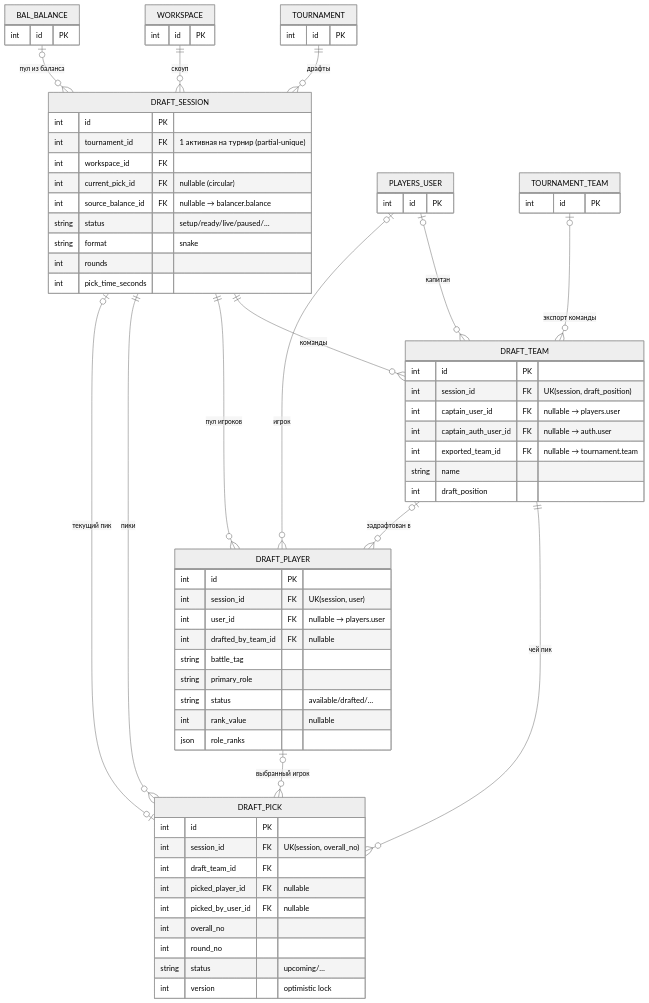
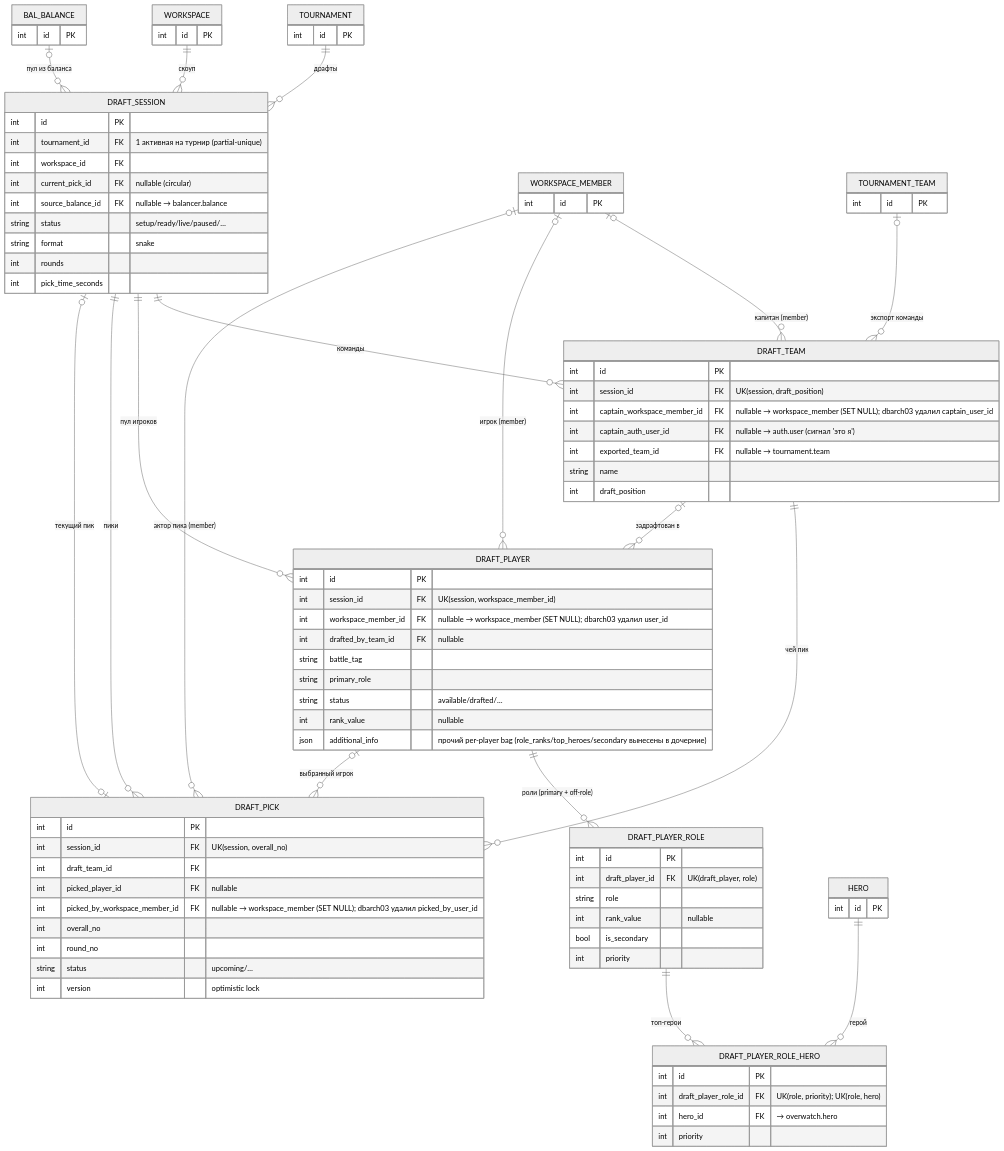
One commit to CraazzzyyFoxx/overwatch-tournaments changed the tenth of 13 diagrams in docs/database_erd.md. Above: the diagram before and after it, drawn with Mermaid (neutral theme). The commit also changed other lines of this file and 1 other file, not shown here.

First line of the commit message:
docs(erd): update DB schema ERD to final state (dbarch06)

````diff
--- a/docs/database_erd.md
+++ b/docs/database_erd.md
@@ -922,29 +960,43 @@
     DRAFT_TEAM {
         int id PK
         int session_id FK "UK(session, draft_position)"
-        int captain_user_id FK "nullable → players.user"
-        int captain_auth_user_id FK "nullable → auth.user"
+        int captain_workspace_member_id FK "nullable → workspace_member (SET NULL); dbarch03 удалил captain_user_id"
+        int captain_auth_user_id FK "nullable → auth.user (сигнал 'это я')"
         int exported_team_id FK "nullable → tournament.team"
         string name
         int draft_position
     }
     DRAFT_PLAYER {
         int id PK
-        int session_id FK "UK(session, user)"
-        int user_id FK "nullable → players.user"
+        int session_id FK "UK(session, workspace_member_id)"
+        int workspace_member_id FK "nullable → workspace_member (SET NULL); dbarch03 удалил user_id"
         int drafted_by_team_id FK "nullable"
         string battle_tag
         string primary_role
         string status "available/drafted/…"
         int rank_value "nullable"
-        json role_ranks
+        json additional_info "прочий per-player bag (role_ranks/top_heroes/secondary вынесены в дочерние)"
+    }
+    DRAFT_PLAYER_ROLE {
+        int id PK
+        int draft_player_id FK "UK(draft_player, role)"
+        string role
+        int rank_value "nullable"
+        bool is_secondary
+        int priority
+    }
+    DRAFT_PLAYER_ROLE_HERO {
+        int id PK
+        int draft_player_role_id FK "UK(role, priority); UK(role, hero)"
+        int hero_id FK "→ overwatch.hero"
+        int priority
     }
     DRAFT_PICK {
         int id PK
         int session_id FK "UK(session, overall_no)"
         int draft_team_id FK
         int picked_player_id FK "nullable"
-        int picked_by_user_id FK "nullable"
+        int picked_by_workspace_member_id FK "nullable → workspace_member (SET NULL); dbarch03 удалил picked_by_user_id"
         int overall_no
         int round_no
         string status "upcoming/…"
@@ -959,7 +1011,10 @@
     BAL_BALANCE {
         int id PK
     }
-    PLAYERS_USER {
+    WORKSPACE_MEMBER {
+        int id PK
+    }
+    HERO {
         int id PK
     }
     TOURNAMENT_TEAM {
@@ -974,9 +1029,13 @@
     DRAFT_SESSION ||--o{ DRAFT_PICK : "пики"
     DRAFT_TEAM ||--o{ DRAFT_PICK : "чей пик"
     DRAFT_TEAM |o--o{ DRAFT_PLAYER : "задрафтован в"
+    DRAFT_PLAYER ||--o{ DRAFT_PLAYER_ROLE : "роли (primary + off-role)"
+    DRAFT_PLAYER_ROLE ||--o{ DRAFT_PLAYER_ROLE_HERO : "топ-герои"
+    HERO ||--o{ DRAFT_PLAYER_ROLE_HERO : "герой"
     DRAFT_PLAYER |o--o{ DRAFT_PICK : "выбранный игрок"
     DRAFT_PICK |o--o| DRAFT_SESSION : "текущий пик"
-    PLAYERS_USER |o--o{ DRAFT_TEAM : "капитан"
-    PLAYERS_USER |o--o{ DRAFT_PLAYER : "игрок"
+    WORKSPACE_MEMBER |o--o{ DRAFT_TEAM : "капитан (member)"
+    WORKSPACE_MEMBER |o--o{ DRAFT_PLAYER : "игрок (member)"
+    WORKSPACE_MEMBER |o--o{ DRAFT_PICK : "актор пика (member)"
     TOURNAMENT_TEAM |o--o{ DRAFT_TEAM : "экспорт команды"
 ```
````
